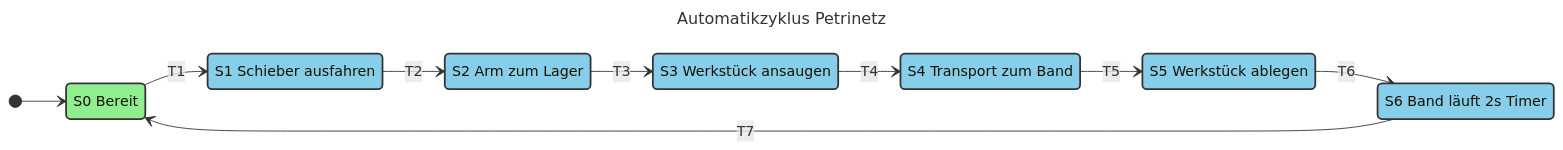
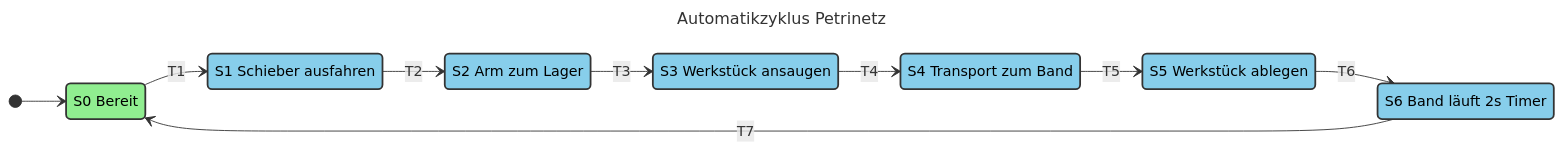
Before and after one commit to goldjunge91/ATP_Labor2: the second of 9 diagrams in Petrinetz_Grafiken.md, drawn with Mermaid. The commit also changed other lines of this file, not shown here.

Commit message:
Farbdefinitionen in Petrinetz-Diagrammen für bessere Lesbarkeit und Konsistenz

````diff
--- a/Petrinetz_Grafiken.md
+++ b/Petrinetz_Grafiken.md
@@ -39,29 +39,29 @@
 ```mermaid
 ---
 title: Automatikzyklus Petrinetz
 ---
 stateDiagram-v2
     direction LR
-    classDef initialState fill:#90EE90,stroke:#333,stroke-width:2px
-    classDef processState fill:#87CEEB,stroke:#333,stroke-width:2px
+    classDef initialState fill:#90EE90,stroke:#333,stroke-width:2px, color:#000000
+    classDef processState fill:#87CEEB,stroke:#333,stroke-width:2px, color:#000000
     
     [*] --> S0
     S0: S0 Bereit
     S1: S1 Schieber ausfahren
     S2: S2 Arm zum Lager
     S3: S3 Werkstück ansaugen
     S4: S4 Transport zum Band
     S5: S5 Werkstück ablegen
     S6: S6 Band läuft 2s Timer
     
     S0 --> S1 : T1
     S1 --> S2 : T2
     S2 --> S3 : T3
     S3 --> S4 : T4
     S4 --> S5 : T5
     S5 --> S6 : T6
     S6 --> S0 : T7
     
     class S0 initialState
     class S1,S2,S3,S4,S5,S6 processState
 ```
````
